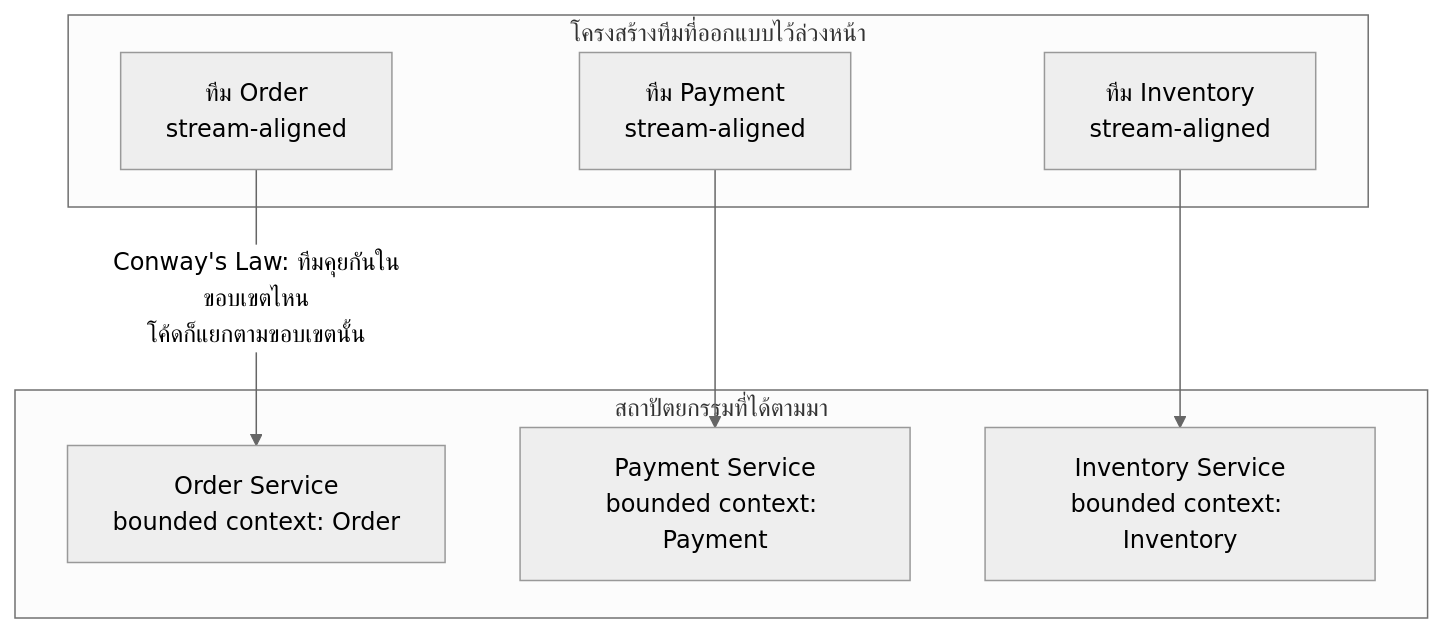
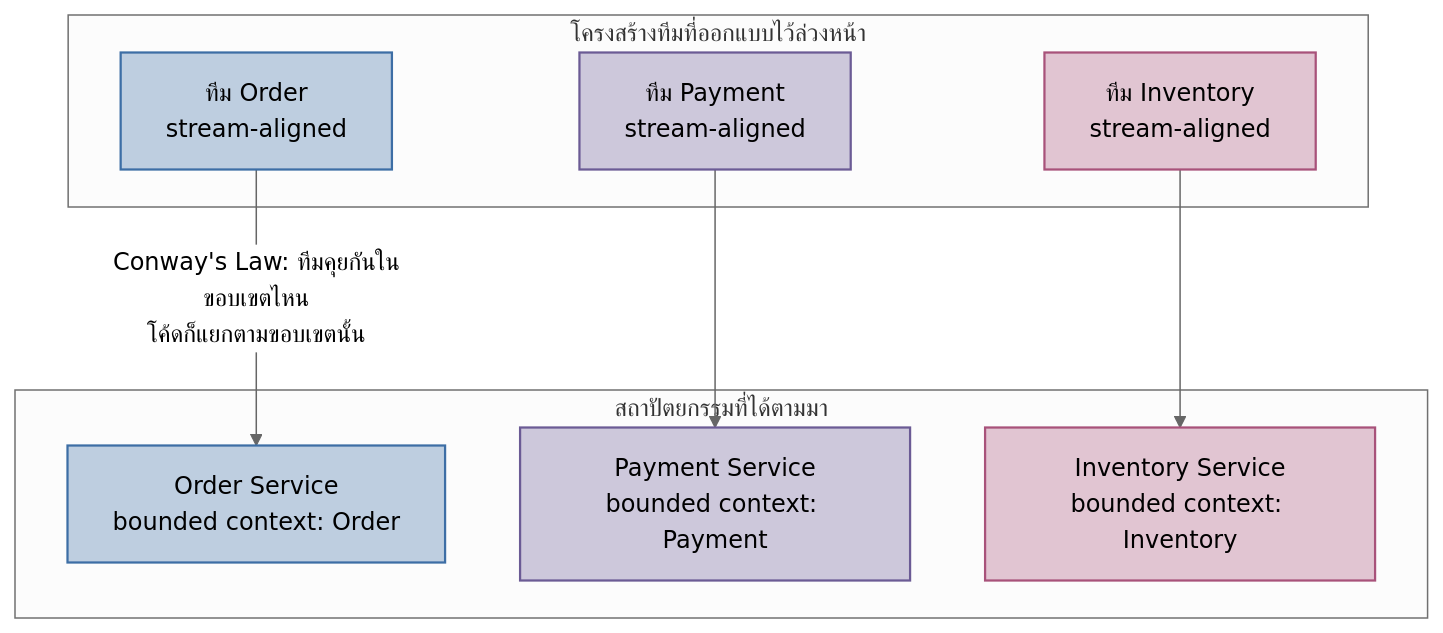
Before and after one commit to Thail3/study-system: the diagram in src/content/module-20/03-team-topologies-and-architecture.md, drawn with Mermaid (neutral theme). The commit also changed other lines of this file and 41 other files, not shown here.

First line of the commit message:
add Security Architecture pillar, Strangler Fig and intro topics, and bring System Architecture content up to par with System Design

````diff
--- a/src/content/module-20/03-team-topologies-and-architecture.md
+++ b/src/content/module-20/03-team-topologies-and-architecture.md
@@ -11,16 +11,23 @@
 ```mermaid
 flowchart TB
     subgraph Teams["โครงสร้างทีมที่ออกแบบไว้ล่วงหน้า"]
         T1["ทีม Order<br/>stream-aligned"]
         T2["ทีม Payment<br/>stream-aligned"]
         T3["ทีม Inventory<br/>stream-aligned"]
     end
     subgraph System["สถาปัตยกรรมที่ได้ตามมา"]
         S1["Order Service<br/>bounded context: Order"]
         S2["Payment Service<br/>bounded context: Payment"]
         S3["Inventory Service<br/>bounded context: Inventory"]
     end
     T1 -->|"Conway's Law: ทีมคุยกันในขอบเขตไหน<br/>โค้ดก็แยกตามขอบเขตนั้น"| S1
     T2 --> S2
     T3 --> S3
+
+    classDef order fill:#3d6ea552,stroke:#3d6ea5,stroke-width:1.5px
+    classDef payment fill:#6b5b9552,stroke:#6b5b95,stroke-width:1.5px
+    classDef inventory fill:#a8527a52,stroke:#a8527a,stroke-width:1.5px
+    class T1,S1 order
+    class T2,S2 payment
+    class T3,S3 inventory
 ```
````
